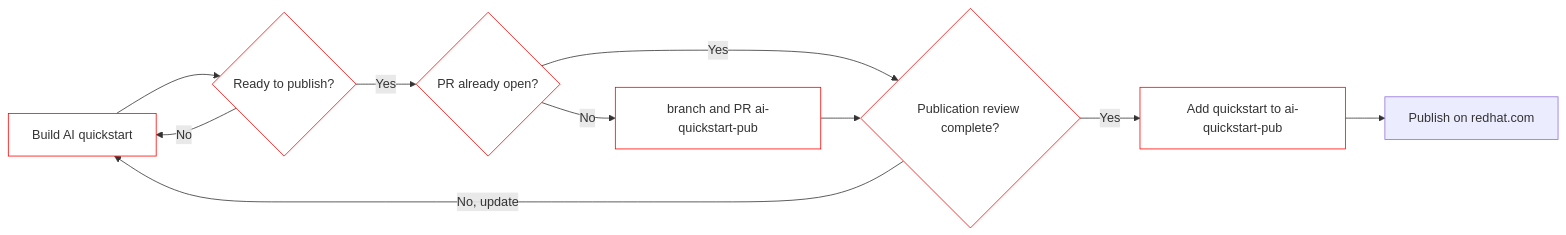
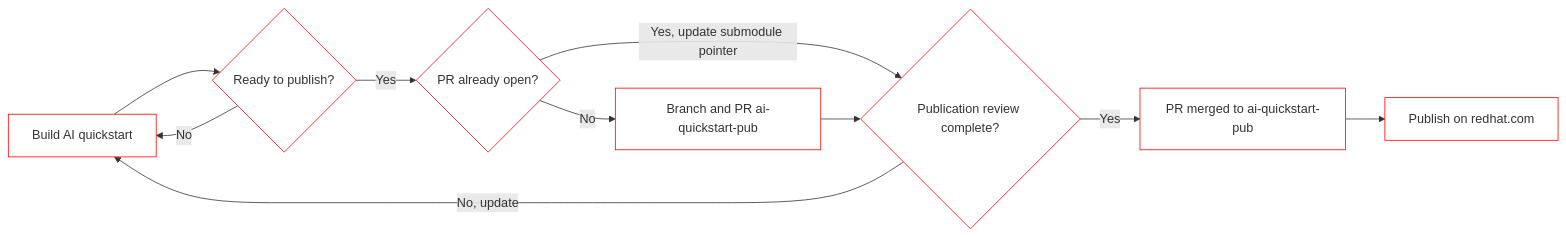
One commit to rh-ai-quickstart/ai-quickstart-contrib changed the first of 2 diagrams in PUBLISHING.md. Above: the diagram before and after it, drawn with Mermaid. The commit also changed other lines of this file, not shown here.

Commit message:
alternative pub process

````diff
--- a/PUBLISHING.md
+++ b/PUBLISHING.md
@@ -15,19 +17,20 @@
 ```mermaid
   flowchart LR 
     A[Build AI quickstart] --> B{Ready to publish?};
     B -- No --> A;
     B -- Yes --> C{PR already open?};
-    C -- No --> D[branch and PR ai-quickstart-pub];
-    C -- Yes --> E;
+    C -- No --> D[Branch and PR ai-quickstart-pub];
+    C -- Yes, update submodule pointer --> E;
     D --> E{Publication review complete?};
     E -- No, update --> A;
-    E -- Yes --> F[Add quickstart to ai-quickstart-pub];
+    E -- Yes --> F[PR merged to ai-quickstart-pub];
     F --> G[Publish on redhat.com];
 
     style A fill:#fff,stroke:#f00
     style B fill:#fff,stroke:#f00
     style C fill:#fff,stroke:#f00
     style D fill:#fff,stroke:#f00
     style E fill:#fff,stroke:#f00
     style F fill:#fff,stroke:#f00
+    style G fill:#fff,stroke:#f00
 ```
````
